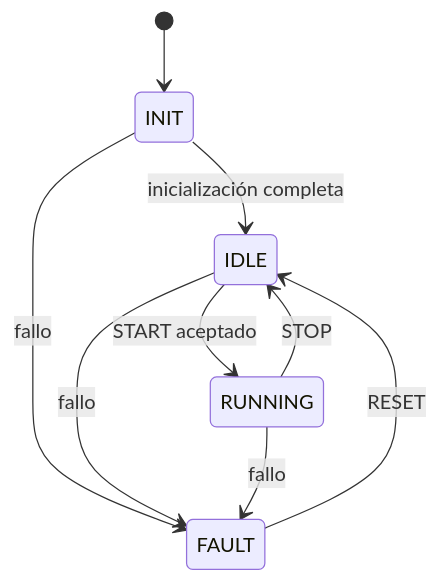
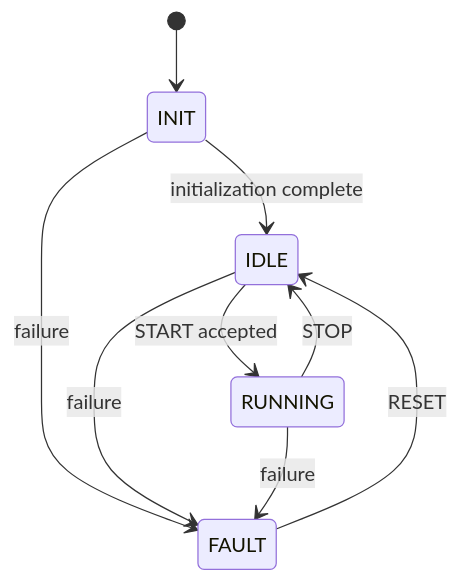
One commit to MichelMartinez-hub/Signal_Generator_V1 changed the second of 2 diagrams in docs/ARCHITECTURE.md. Above: the diagram before and after it, drawn with Mermaid. The commit also changed other lines of this file and 6 other files, not shown here.

````diff
--- a/docs/ARCHITECTURE.md
+++ b/docs/ARCHITECTURE.md
@@ -43,11 +43,11 @@
 ```mermaid
 stateDiagram-v2
     [*] --> INIT
-    INIT --> IDLE: inicialización completa
-    IDLE --> RUNNING: START aceptado
+    INIT --> IDLE: initialization complete
+    IDLE --> RUNNING: START accepted
     RUNNING --> IDLE: STOP
-    INIT --> FAULT: fallo
-    IDLE --> FAULT: fallo
-    RUNNING --> FAULT: fallo
+    INIT --> FAULT: failure
+    IDLE --> FAULT: failure
+    RUNNING --> FAULT: failure
     FAULT --> IDLE: RESET
 ```
````
